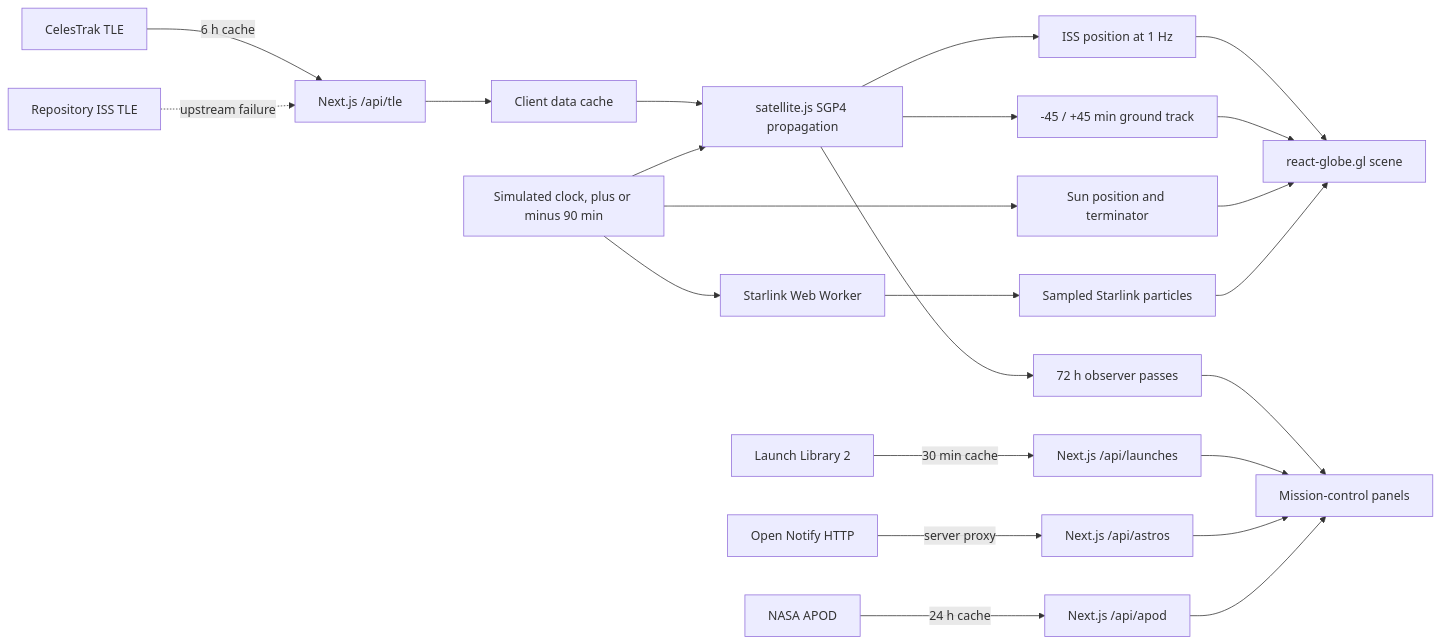
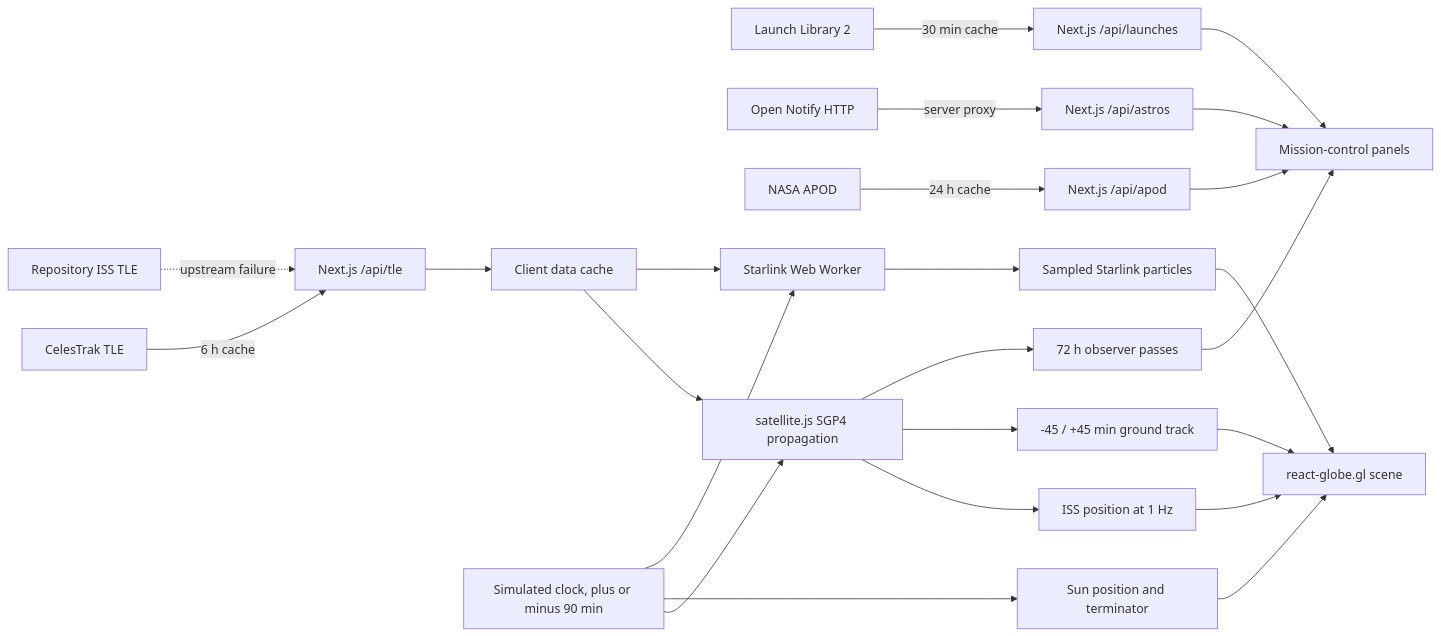
Before and after one commit to MertArtun/orbital: the diagram in README.md, drawn with Mermaid. The commit also changed 1 other file, not shown here.

Commit message:
docs: draw the clock as one instant feeding three consumers, and drop the last loose count
Two from review, both the same class the rest of this objective has been
clearing.

The diagram showed the Starlink worker fed only by the simulated clock. Its
element sets come from the same client cache as the ISS propagation --
hooks/useStarlink.ts fetches /api/tle/starlink and posts the records into the
worker as its init message -- so that edge was missing. With it restored, the
cache feeds both TLE consumers and the clock fans out to propagation, sun and
worker purely as the instant, which is the shape ADR 0006 describes: one
clock, read by nothing but the clock hook, handed to everyone else.

And section 6 still carried "(11 tests)". It is correct today -- I listed the
spec to check -- and it is exactly what section 4 just deleted four screens
above: a count nothing regenerates, wrong the first time anyone adds a
resilience test. Dropping it makes the document's rule apply to the whole
document rather than to the section that stated it.

````diff
--- a/README.md
+++ b/README.md
@@ -42,27 +42,28 @@
 ```mermaid
 flowchart LR
   CT[CelesTrak TLE] -->|6 h cache| TLE[Next.js /api/tle]
   LL[Launch Library 2] -->|30 min cache| LAPI[Next.js /api/launches]
   ON[Open Notify HTTP] -->|server proxy| AAPI[Next.js /api/astros]
   APOD[NASA APOD] -->|24 h cache| NAPI[Next.js /api/apod]
 
   TLE --> CLIENT[Client data cache]
   CLIENT --> SGP4[satellite.js SGP4 propagation]
+  CLIENT --> WORKER[Starlink Web Worker]
   CLOCK[Simulated clock, plus or minus 90 min] --> SGP4
   CLOCK --> SUN[Sun position and terminator]
-  CLOCK --> WORKER[Starlink Web Worker]
+  CLOCK --> WORKER
   SGP4 --> POS[ISS position at 1 Hz]
   SGP4 --> TRACK[-45 / +45 min ground track]
   SGP4 --> PASSES[72 h observer passes]
   WORKER --> POINTS[Sampled Starlink particles]
   POS --> GLOBE[react-globe.gl scene]
   TRACK --> GLOBE
   SUN --> GLOBE
   POINTS --> GLOBE
   PASSES --> UI[Mission-control panels]
   LAPI --> UI
   AAPI --> UI
   NAPI --> UI
 
   FALLBACK[Repository ISS TLE] -. upstream failure .-> TLE
 ```
````
